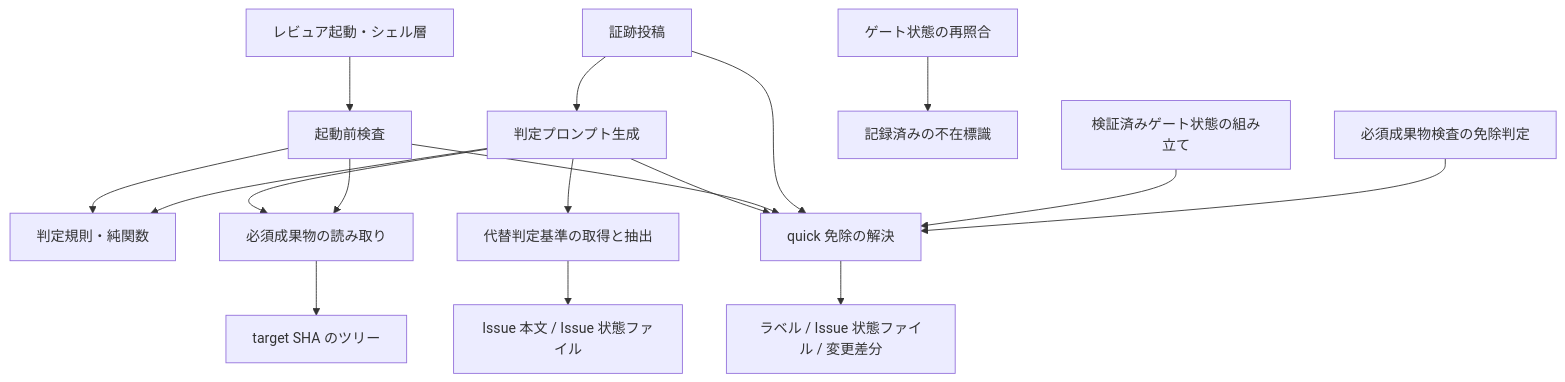
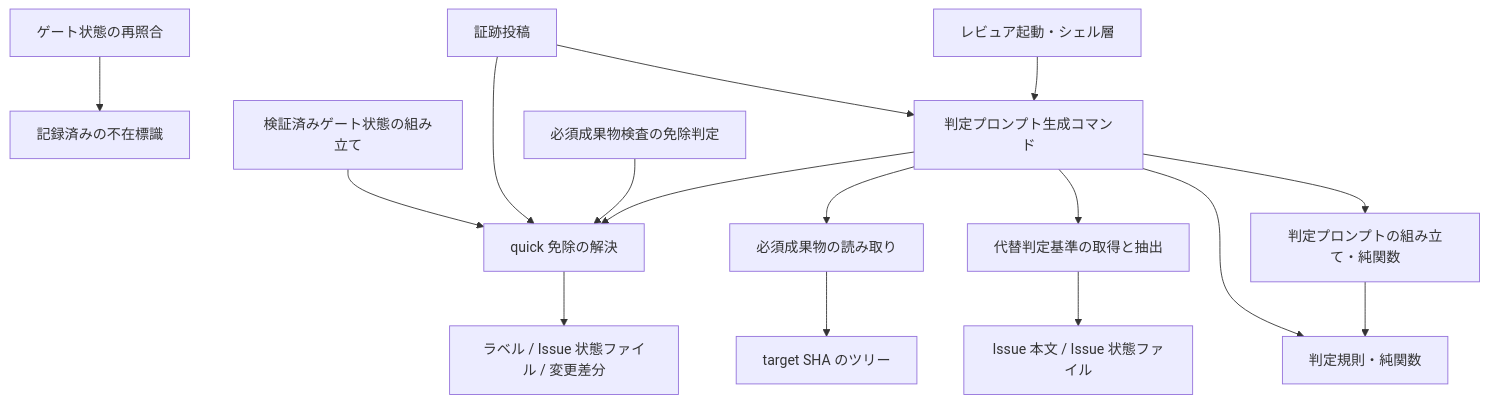
One commit to techbeansjp-free/AGENTS.md changed the first of 2 diagrams in DESIGN.md. Above: the diagram before and after it, drawn with Mermaid. The commit also changed other lines of this file and 2 other files, not shown here.

````diff
--- a/DESIGN.md
+++ b/DESIGN.md
@@ -254,19 +296,18 @@
 ```mermaid
 graph TD
-  SH[レビュア起動・シェル層] --> PRE[起動前検査]
-  PRE --> RULE[判定規則・純関数]
-  PROMPT[判定プロンプト生成] --> RULE
+  SH[レビュア起動・シェル層] --> PROMPT[判定プロンプト生成コマンド]
   PROMPT --> EX[quick 免除の解決]
   PROMPT --> ART[必須成果物の読み取り]
   PROMPT --> ALT[代替判定基準の取得と抽出]
-  PRE --> EX
-  PRE --> ART
+  PROMPT --> RULE[判定規則・純関数]
+  PROMPT --> BUILD[判定プロンプトの組み立て・純関数]
+  BUILD --> RULE
   SUBMIT[証跡投稿] --> EX
   SUBMIT --> PROMPT
   VERIFY[検証済みゲート状態の組み立て] --> EX
   RECON[ゲート状態の再照合] --> ABSENT[記録済みの不在標識]
   QM[必須成果物検査の免除判定] --> EX
   EX --> SRC1[ラベル / Issue 状態ファイル / 変更差分]
   ART --> SRC2[target SHA のツリー]
   ALT --> SRC3[Issue 本文 / Issue 状態ファイル]
 ```
````
